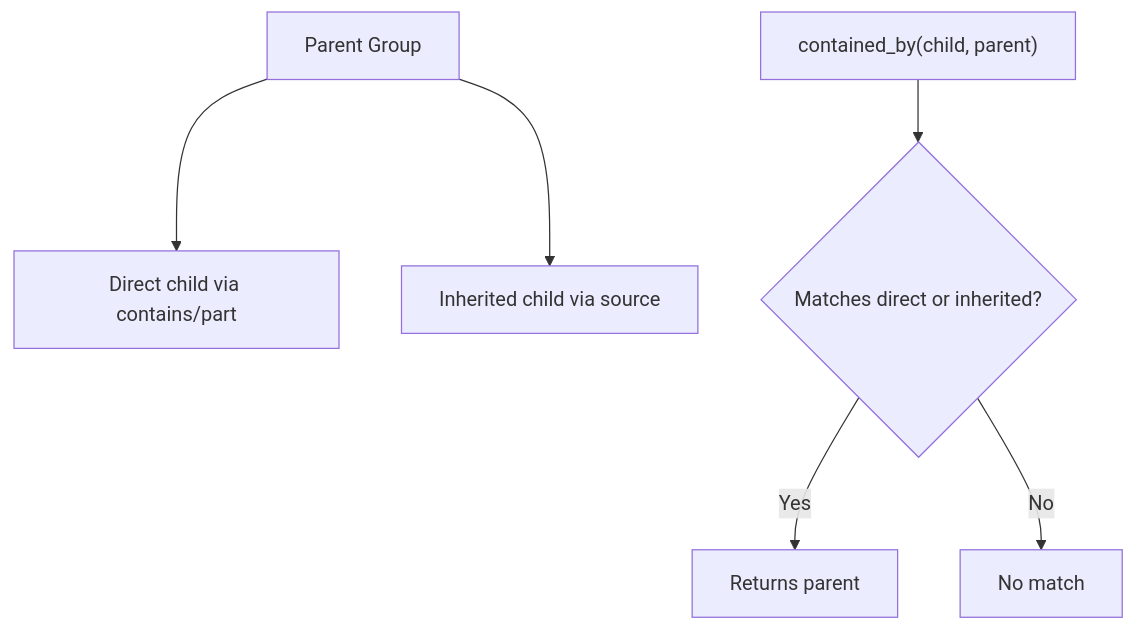
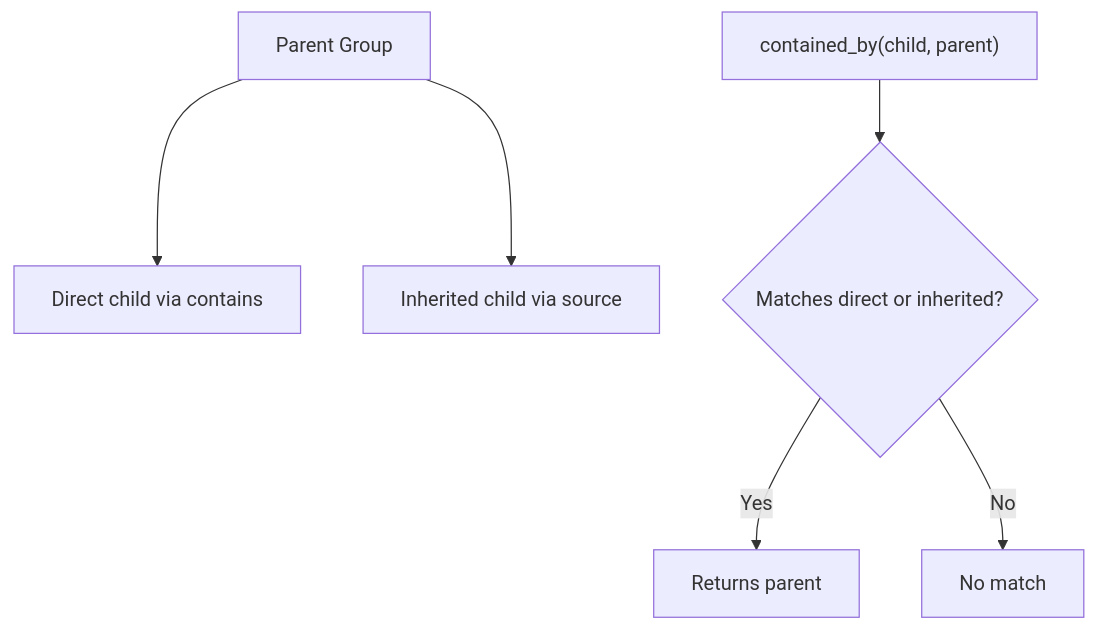
The fourth of 6 diagrams in .qoder/repowiki/en/content/Structure Definition System/Group Configurations.md (time-link/timelink-kleio), drawn with Mermaid before and after one commit. The commit also changed other lines of this file and 189 other files, not shown here.

````diff
--- a/.qoder/repowiki/en/content/Structure Definition System/Group Configurations.md
+++ b/.qoder/repowiki/en/content/Structure Definition System/Group Configurations.md
@@ -178,8 +192,8 @@
 ```mermaid
 flowchart TD
-A["Parent Group"] --> B["Direct child via contains/part"]
+A["Parent Group"] --> B["Direct child via contains"]
 A --> C["Inherited child via source"]
 Query["contained_by(child, parent)"] --> Result{"Matches direct or inherited?"}
 Result --> |Yes| Found["Returns parent"]
 Result --> |No| NotFound["No match"]
 ```
````
